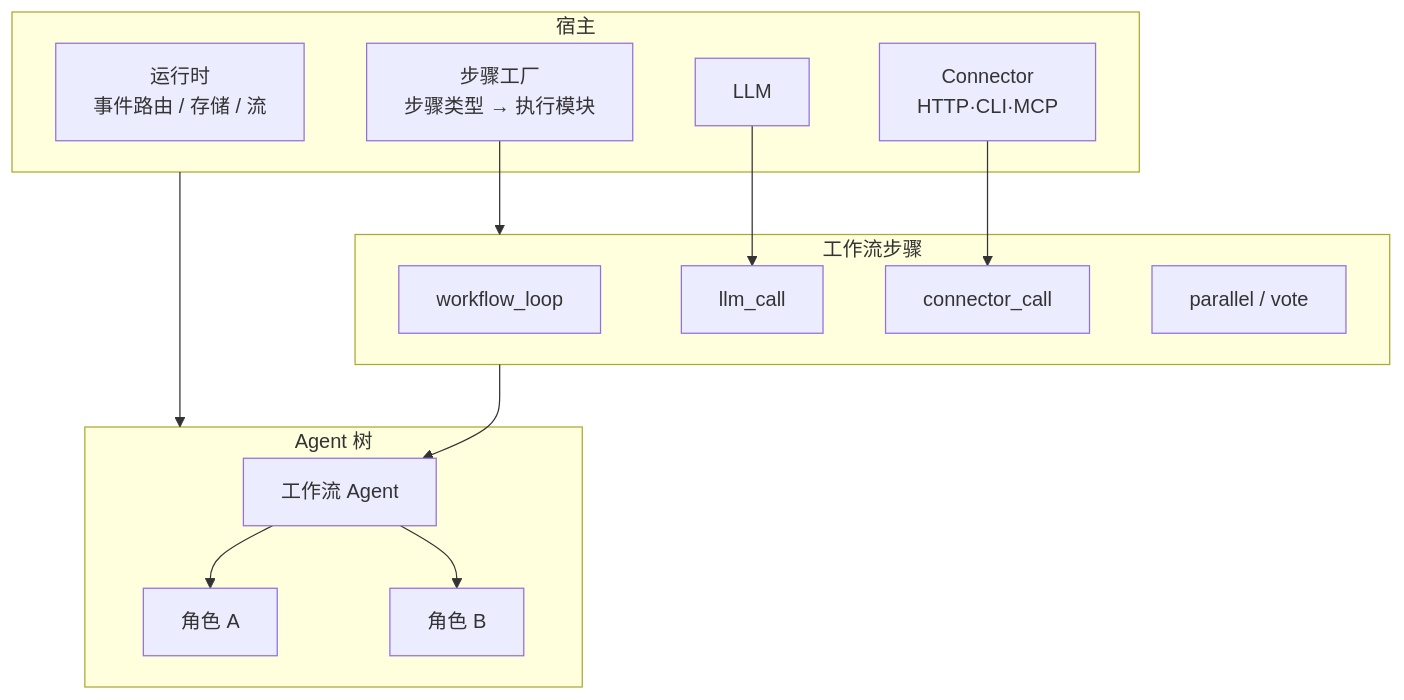
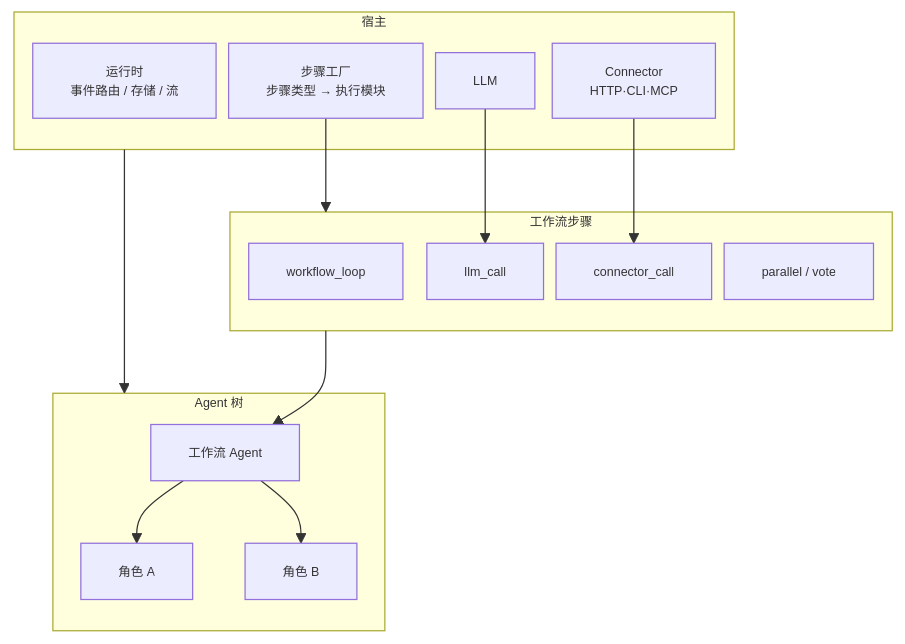
The first of 3 diagrams in README.md (aevatarAI/aevatar), drawn with Mermaid before and after one commit. The commit also changed other lines of this file and 113 other files, not shown here.

First line of the commit message:
Refactor CQRS architecture by removing RunId semantics and enhancing command context management

````diff
--- a/README.md
+++ b/README.md
@@ -83,30 +83,31 @@
 ```mermaid
+%%{init: {"maxTextSize": 100000, "flowchart": {"useMaxWidth": false, "nodeSpacing": 10, "rankSpacing": 50}, "themeVariables": {"fontSize": "10px"}}}%%
 flowchart TB
-    subgraph host [宿主]
-        Runtime[运行时\n事件路由 / 存储 / 流]
-        Factory[步骤工厂\n步骤类型 → 执行模块]
-        LLM[LLM]
-        Connectors[Connector\nHTTP·CLI·MCP]
+    subgraph host["宿主"]
+        Runtime["运行时\n事件路由 / 存储 / 流"]
+        Factory["步骤工厂\n步骤类型 → 执行模块"]
+        LLM["LLM"]
+        Connectors["Connector\nHTTP·CLI·MCP"]
     end
 
-    subgraph agents [Agent 树]
-        Workflow[工作流 Agent]
-        RoleA[角色 A]
-        RoleB[角色 B]
+    subgraph agents["Agent 树"]
+        Workflow["工作流 Agent"]
+        RoleA["角色 A"]
+        RoleB["角色 B"]
     end
 
-    subgraph steps [工作流步骤]
-        M1[workflow_loop]
-        M2[llm_call]
-        M3[connector_call]
-        M4[parallel / vote]
+    subgraph steps["工作流步骤"]
+        M1["workflow_loop"]
+        M2["llm_call"]
+        M3["connector_call"]
+        M4["parallel / vote"]
     end
 
     host --> agents
     Factory --> steps
     steps --> Workflow
     Workflow --> RoleA
     Workflow --> RoleB
     LLM --> M2
     Connectors --> M3
 ```
````
